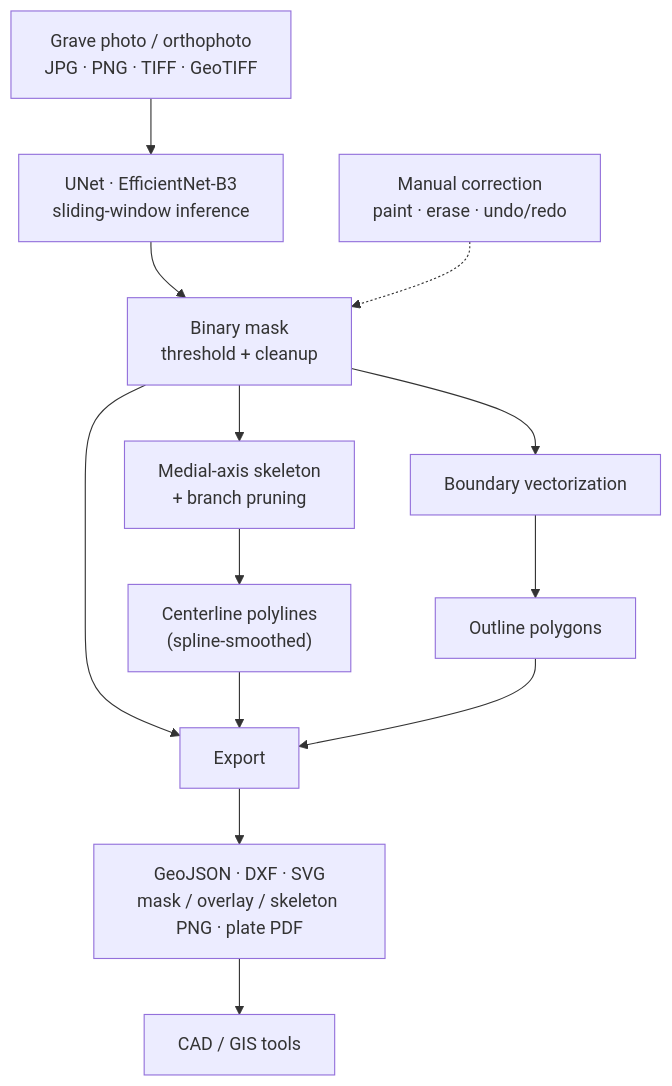
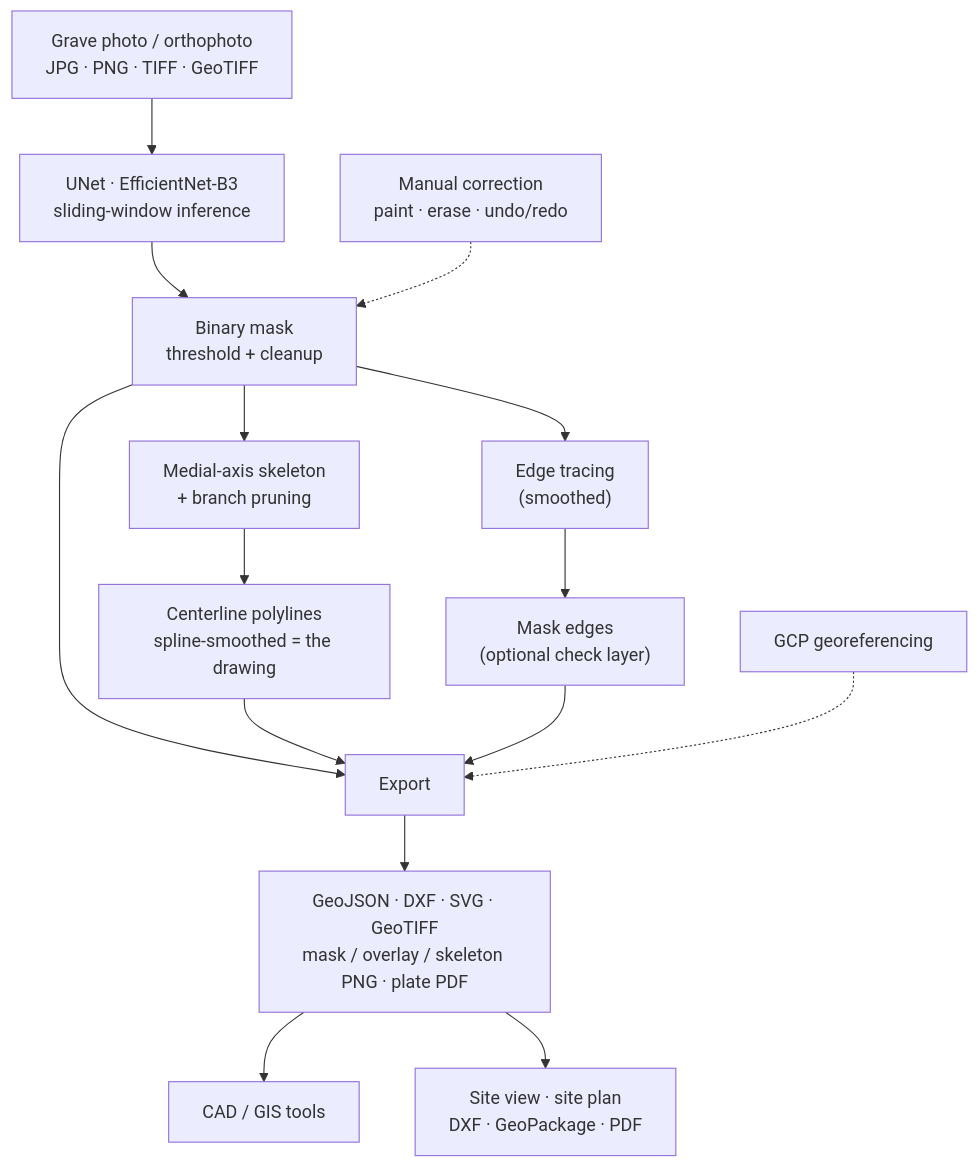
Before and after one commit to mirza-husovic/BoneSegStudio: the diagram in README.md, drawn with Mermaid. The commit also changed other lines of this file and 5 other files, not shown here.

First line of the commit message:
docs, deps, tests: bring README and CI in line with the site view (v1.1.0)

````diff
--- a/README.md
+++ b/README.md
@@ -244,15 +284,17 @@
 ```mermaid
 flowchart TD
     A["Grave photo / orthophoto<br/>JPG · PNG · TIFF · GeoTIFF"] --> B["UNet · EfficientNet-B3<br/>sliding-window inference"]
     B --> C["Binary mask<br/>threshold + cleanup"]
     EDIT["Manual correction<br/>paint · erase · undo/redo"] -.-> C
     C --> F["Medial-axis skeleton<br/>+ branch pruning"]
-    C --> G["Boundary vectorization"]
-    F --> H["Centerline polylines<br/>(spline-smoothed)"]
-    G --> I["Outline polygons"]
+    C --> G["Edge tracing<br/>(smoothed)"]
+    F --> H["Centerline polylines<br/>spline-smoothed = the drawing"]
+    G --> I["Mask edges<br/>(optional check layer)"]
     C --> J["Export"]
     H --> J
     I --> J
-    J --> K["GeoJSON · DXF · SVG<br/>mask / overlay / skeleton PNG · plate PDF"]
+    GCP["GCP georeferencing"] -.-> J
+    J --> K["GeoJSON · DXF · SVG · GeoTIFF<br/>mask / overlay / skeleton PNG · plate PDF"]
     K --> L["CAD / GIS tools"]
+    K --> S["Site view · site plan<br/>DXF · GeoPackage · PDF"]
 ```
````
